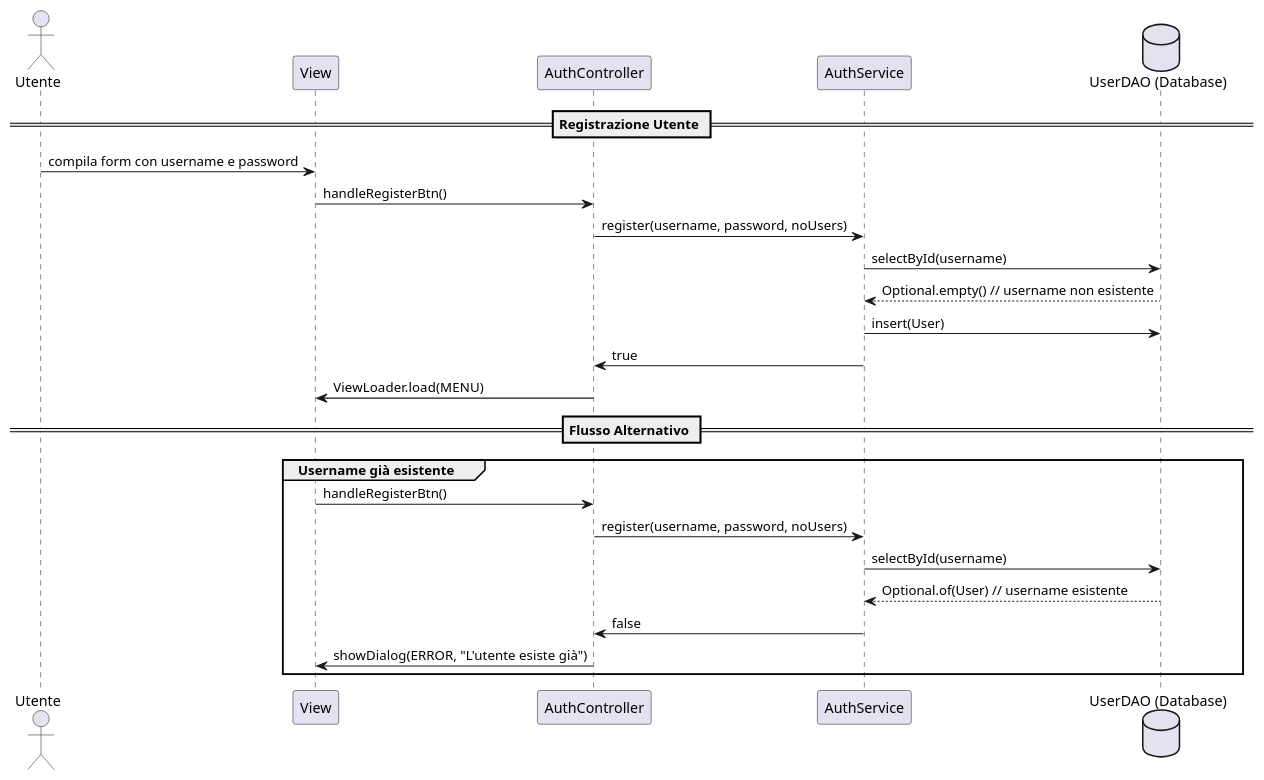
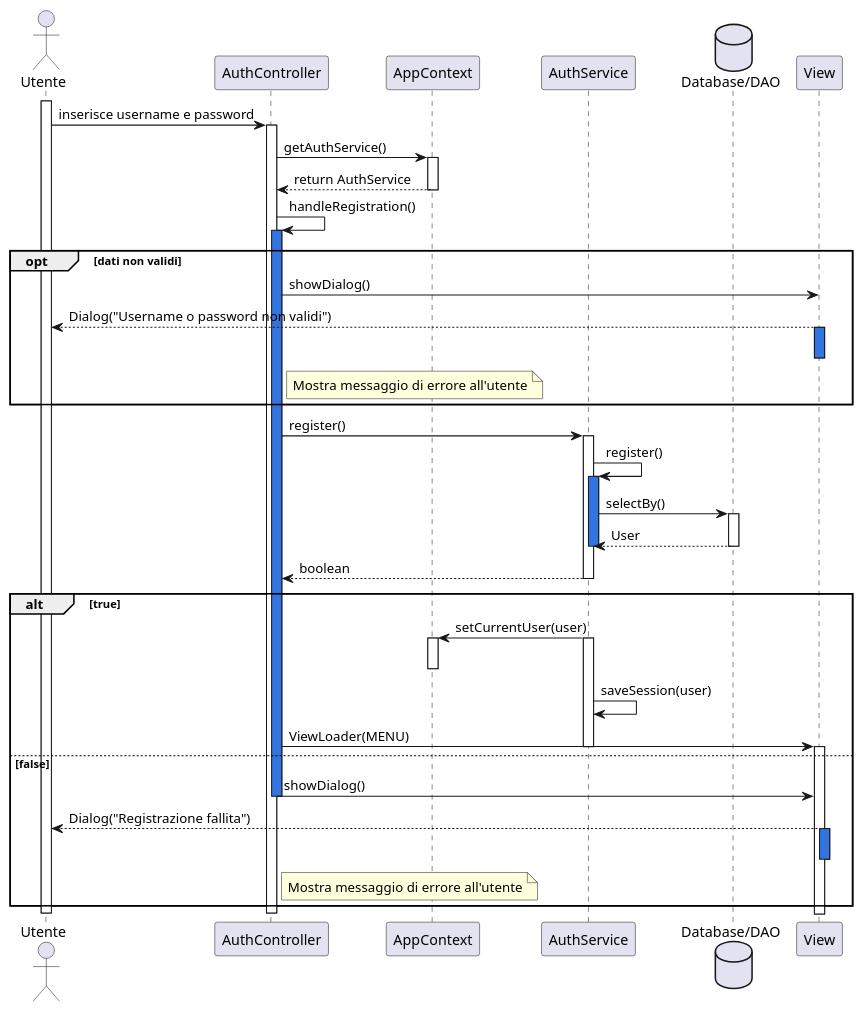
One commit to Bg735/Wordageddon-Gruppo_16 changed the diagram in docs/UML/DiagrammiSequenza/registration.puml. Above: the diagram before and after it, drawn with PlantUML. The commit also changed 10 other files, not shown here.

```diff
--- a/docs/UML/DiagrammiSequenza/registration.puml
+++ b/docs/UML/DiagrammiSequenza/registration.puml
@@ -1,29 +1,72 @@
 @startuml
 actor Utente
-participant "View" as UI
-participant "AuthController" as Controller
-participant "AuthService" as Service
-database "UserDAO (Database)" as DB
+participant AuthController
+participant AppContext
+participant AuthService
+database "Database/DAO" as DB
+participant View
 
-== Registrazione Utente ==
-Utente -> UI : compila form con username e password
+activate Utente
+Utente -> AuthController : inserisce username e password
+activate AuthController
 
-UI -> Controller : handleRegisterBtn()
-Controller -> Service : register(username, password, noUsers)
-Service -> DB : selectById(username)
-DB --> Service : Optional.empty() // username non esistente
-Service -> DB : insert(User)
-Service -> Controller : true
-Controller -> UI : ViewLoader.load(MENU)
+AuthController -> AppContext : getAuthService()
+activate AppContext
+AppContext --> AuthController : return AuthService
+deactivate AppContext
 
-== Flusso Alternativo ==
-group Username già esistente
-UI -> Controller : handleRegisterBtn()
-Controller -> Service : register(username, password, noUsers)
-Service -> DB : selectById(username)
-DB --> Service : Optional.of(User) // username esistente
-Service -> Controller : false
-Controller -> UI : showDialog(ERROR, "L'utente esiste già")
+AuthController -> AuthController : handleRegistration()
+activate AuthController #3375E0
+
+opt dati non validi
+    AuthController -> View : showDialog()
+    View --> Utente : Dialog("Username o password non validi")
+    activate View #3375E0
+    note right of AuthController
+        Mostra messaggio di errore all'utente
+    end note
+    deactivate View
 end
 
+activate AuthController #3375E0
+AuthController -> AuthService : register()
+
+activate AuthService
+AuthService -> AuthService : register()
+activate AuthService #3375E0
+AuthService -> DB : selectBy()
+
+activate DB
+
+DB --> AuthService : User
+deactivate DB
+deactivate AuthService
+
+AuthService --> AuthController : boolean
+deactivate AuthService
+
+alt true
+    AuthService -> AppContext : setCurrentUser(user)
+    activate AuthService
+    activate AppContext
+    deactivate AppContext
+    AuthService->AuthService: saveSession(user)
+    AuthController -> View : ViewLoader(MENU)
+    deactivate AuthService
+    activate View
+    deactivate View
+else false
+    AuthController -> View :  showDialog()
+    deactivate AuthController
+    View --> Utente : Dialog("Registrazione fallita")
+    note right of AuthController
+        Mostra messaggio di errore all'utente
+    end note
+    activate View  #3375E0
+    deactivate View
+end
+
+deactivate AuthService
+deactivate AuthController
+deactivate Utente
 @enduml
```
